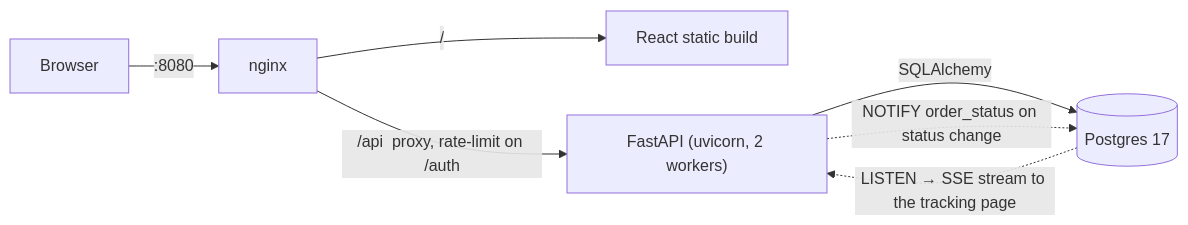
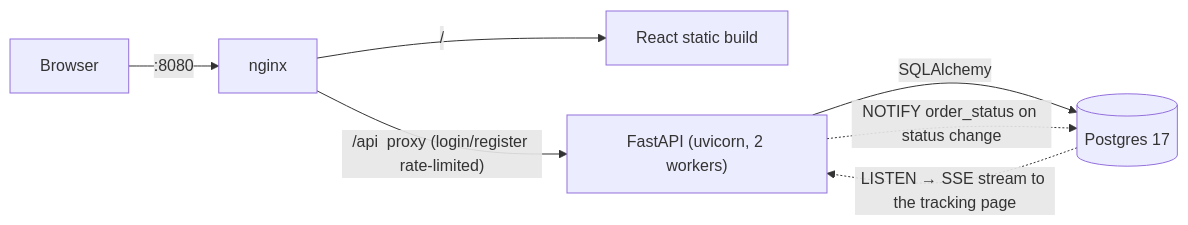
One commit to NeaguTeodor/LateralChallenge changed the diagram in README.md. Above: the diagram before and after it, drawn with Mermaid. The commit also changed other lines of this file and 5 other files, not shown here.

````diff
--- a/README.md
+++ b/README.md
@@ -41,9 +42,9 @@
 ```mermaid
 flowchart LR
     B[Browser] -->|":8080"| N[nginx]
     N -->|"/"| W[React static build]
-    N -->|"/api  proxy, rate-limit on /auth"| A["FastAPI (uvicorn, 2 workers)"]
+    N -->|"/api  proxy (login/register rate-limited)"| A["FastAPI (uvicorn, 2 workers)"]
     A -->|SQLAlchemy| D[(Postgres 17)]
     A -. "NOTIFY order_status on status change" .-> D
     D -. "LISTEN → SSE stream to the tracking page" .-> A
 ```
````
